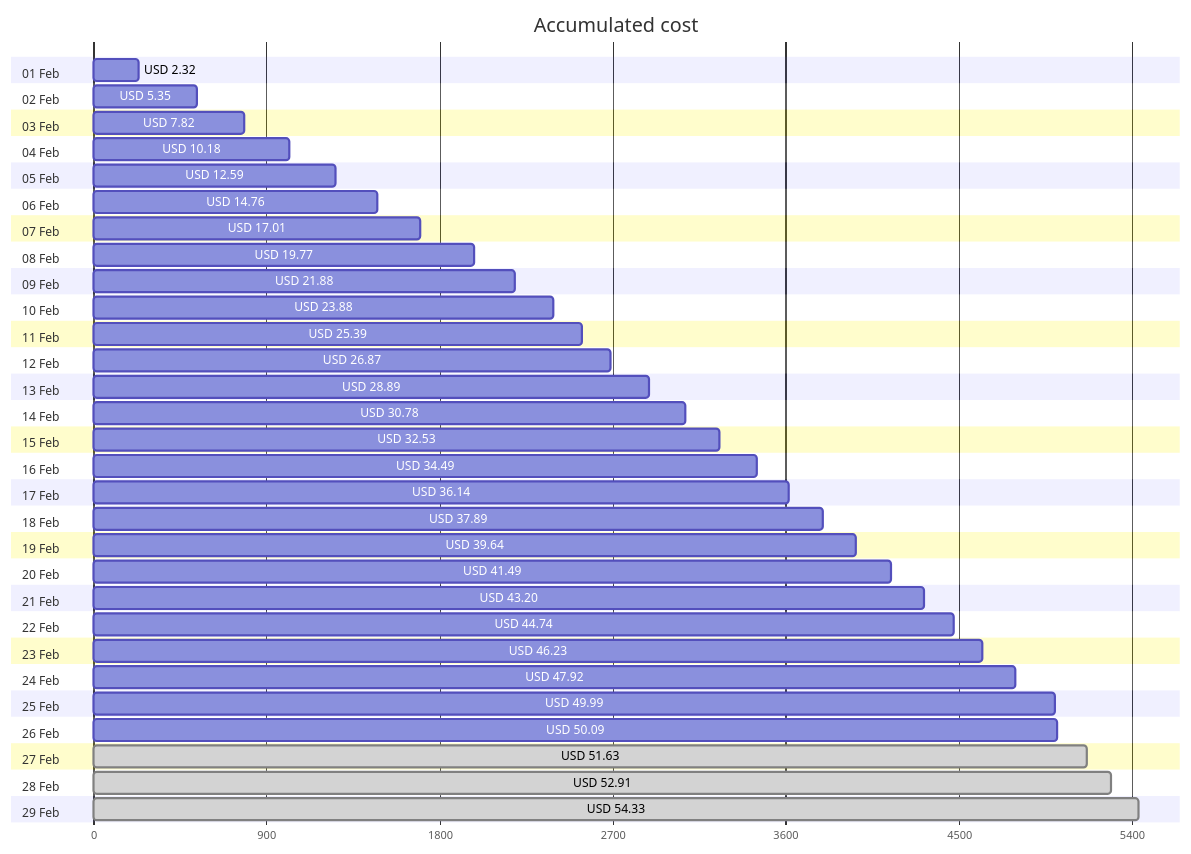
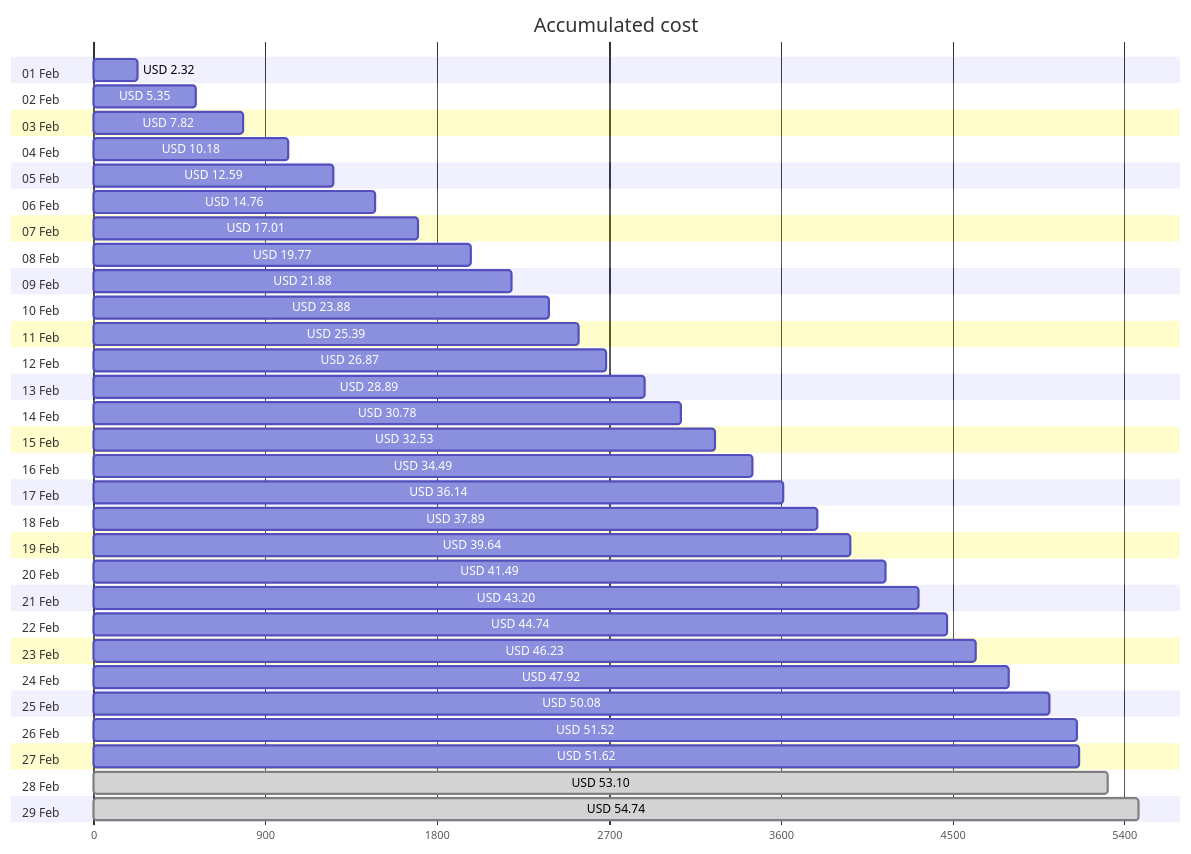
Before and after one commit to jpfulton/azure-personal-reports: the first of 4 diagrams in cost-reports/personal-network/README.md, drawn with Mermaid. The commit also changed other lines of this file and 8 other files, not shown here.

````diff
--- a/cost-reports/personal-network/README.md
+++ b/cost-reports/personal-network/README.md
@@ -20,64 +20,64 @@
 ```mermaid
 gantt
    title Accumulated cost
    dateFormat  X
    axisFormat %s
    section 01 Feb
    USD 2.32 :0, 232
    section 02 Feb
    USD 5.35 :0, 535
    section 03 Feb
    USD 7.82 :0, 782
    section 04 Feb
    USD 10.18 :0, 1018
    section 05 Feb
    USD 12.59 :0, 1259
    section 06 Feb
    USD 14.76 :0, 1476
    section 07 Feb
    USD 17.01 :0, 1701
    section 08 Feb
    USD 19.77 :0, 1977
    section 09 Feb
    USD 21.88 :0, 2188
    section 10 Feb
    USD 23.88 :0, 2388
    section 11 Feb
    USD 25.39 :0, 2539
    section 12 Feb
    USD 26.87 :0, 2687
    section 13 Feb
    USD 28.89 :0, 2889
    section 14 Feb
    USD 30.78 :0, 3078
    section 15 Feb
    USD 32.53 :0, 3253
    section 16 Feb
    USD 34.49 :0, 3449
    section 17 Feb
    USD 36.14 :0, 3614
    section 18 Feb
    USD 37.89 :0, 3789
    section 19 Feb
    USD 39.64 :0, 3964
    section 20 Feb
    USD 41.49 :0, 4149
    section 21 Feb
    USD 43.20 :0, 4320
    section 22 Feb
    USD 44.74 :0, 4474
    section 23 Feb
    USD 46.23 :0, 4623
    section 24 Feb
    USD 47.92 :0, 4792
    section 25 Feb
-   USD 49.99 :0, 4999
+   USD 50.08 :0, 5008
    section 26 Feb
-   USD 50.09 :0, 5009
+   USD 51.52 :0, 5152
    section 27 Feb
-   USD 51.63 : done, 0, 5163
+   USD 51.62 :0, 5162
    section 28 Feb
-   USD 52.91 : done, 0, 5291
+   USD 53.10 : done, 0, 5310
    section 29 Feb
-   USD 54.33 : done, 0, 5433
+   USD 54.74 : done, 0, 5474
 ```
````
